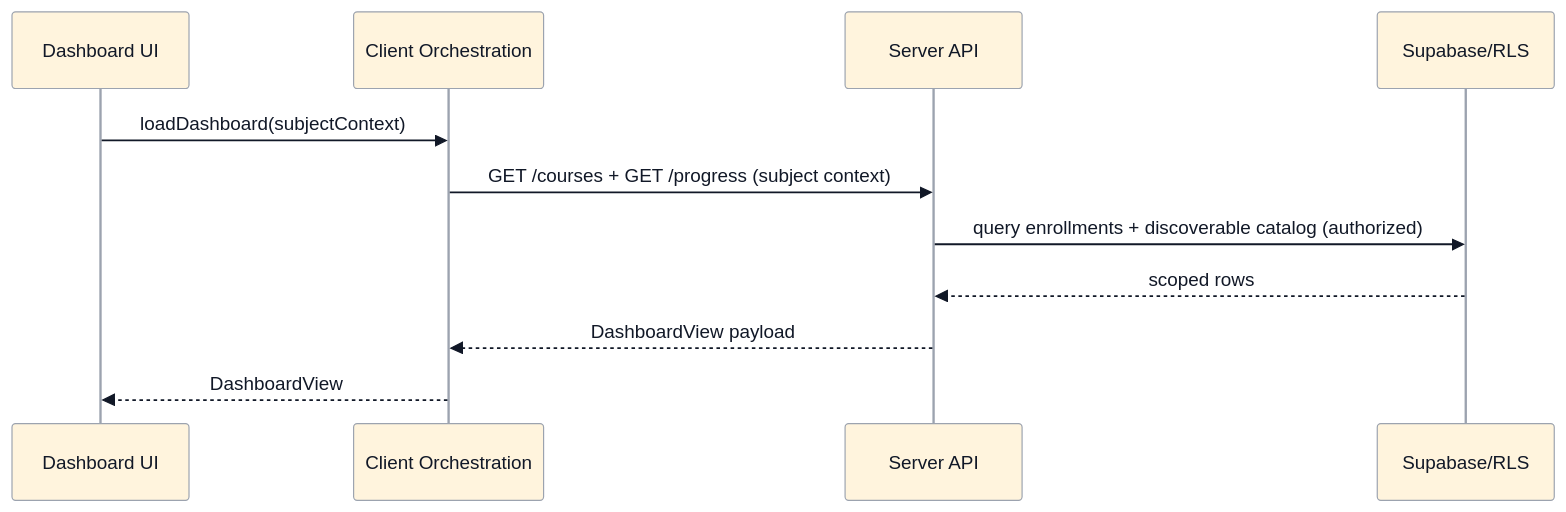
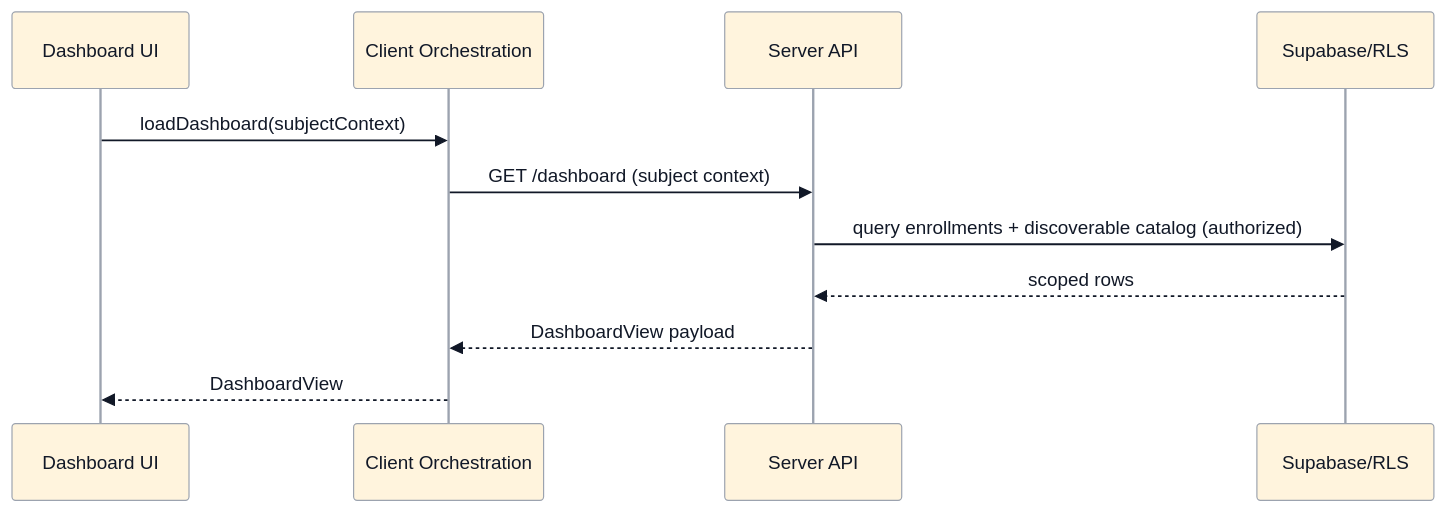
Before and after one commit to leesjensen/masteryls: the second of 2 diagrams in specification/dashboard-enrollment.md, drawn with Mermaid. The commit also changed other lines of this file and 17 other files, not shown here.

Commit message:
spec(schema)

````diff
--- a/specification/dashboard-enrollment.md
+++ b/specification/dashboard-enrollment.md
@@ -99,15 +100,15 @@
 ```mermaid
 %%{init: {"theme": "base", "themeVariables": {"background": "#ffffff", "lineColor": "#9ca3af", "primaryBorderColor": "#9ca3af", "secondaryBorderColor": "#9ca3af", "tertiaryBorderColor": "#9ca3af", "clusterBorder": "#9ca3af", "edgeLabelBackground": "#ffffff", "primaryTextColor": "#111827"}}}%%
 sequenceDiagram
   participant UI as Dashboard UI
   participant APP as Client Orchestration
   participant API as Server API
   participant DB as Supabase/RLS
 
   UI->>APP: loadDashboard(subjectContext)
-  APP->>API: GET /courses + GET /progress (subject context)
+  APP->>API: GET /dashboard (subject context)
   API->>DB: query enrollments + discoverable catalog (authorized)
   DB-->>API: scoped rows
   API-->>APP: DashboardView payload
   APP-->>UI: DashboardView
 ```
````
